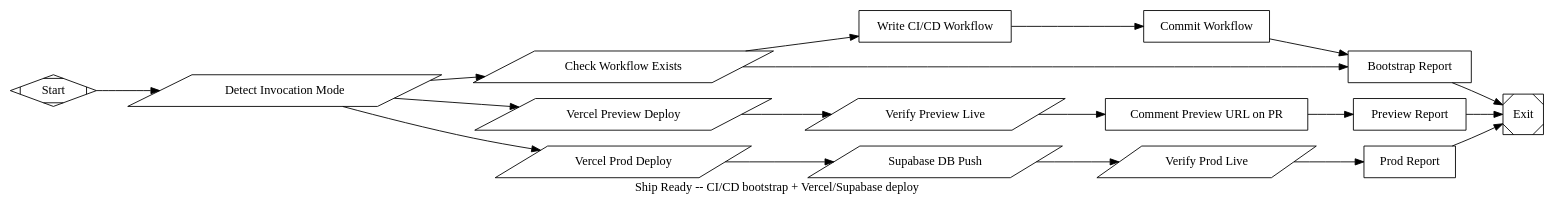
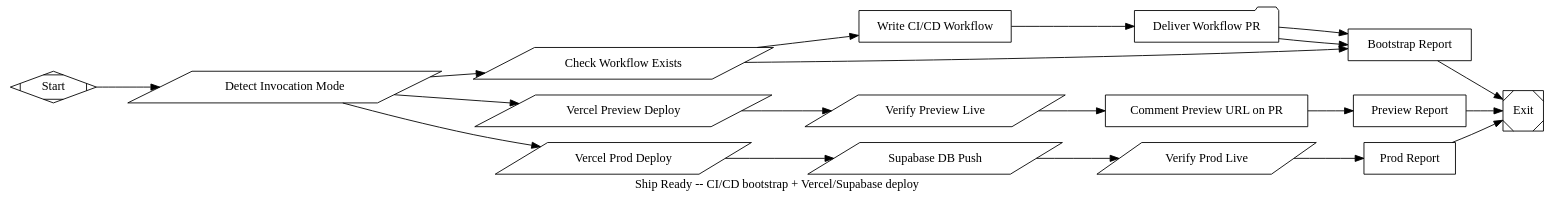
Before and after one commit to kenotron-ms/attractor-pipelines: the diagram in pipelines/ship_ready/ship_ready.dot, drawn with Graphviz. The commit also changed 1 other file, not shown here.

```diff
--- a/pipelines/ship_ready/ship_ready.dot
+++ b/pipelines/ship_ready/ship_ready.dot
@@ -1,174 +1,184 @@
 // ship_ready.dot
 //
 // A pipeline with two jobs, dispatched from one graph based on how it was
 // invoked:
 //
 //   1. BOOTSTRAP MODE (no GitHub event context -- e.g. run once manually
 //      against a repo, or by idea_to_pr / a human setting up a
 //      new project): ensure a `.github/workflows/deploy.yml` exists and is
 //      configured to (a) deploy a Vercel PREVIEW + comment its URL on every
 //      pull_request, and (b) deploy to Vercel PROD + run Supabase
 //      migrations on every push to the default branch. Writes/commits the
 //      workflow file if missing or stale; no-ops if already present and
 //      current.
 //
 //   2. RUNTIME MODE (invoked BY that generated GitHub Actions workflow,
 //      i.e. $github_event_name is set): actually perform the deploy for
 //      the event that fired -- pull_request -> Vercel preview + comment,
 //      push -> Vercel prod + supabase db push, each followed by a
 //      curl-poll-with-backoff liveness check before declaring success.
 //
 // This is intentionally ONE graph, not two: GitHub Actions' own `on:`
 // trigger fan-out already lives in the generated workflow YAML (two
 // triggers -> same pipeline invocation, differing only in
 // $github_event_name), so branching inside this graph via a single router
 // node keeps one unified goal-gate/report surface instead of duplicating
 // it across two DOT files.
 //
 // TOGETHER WITH THE OTHER TWO PIPELINES IN THIS REPO:
 //   idea_to_pr  -- opens a PR
 //   pr_review        -- posts a fast automated review on that PR
 //   ship_ready (this one) -- the PR's own GitHub Actions run gives it a
 //                            live Vercel preview; merging to main triggers
 //                            a real Vercel prod deploy + Supabase migration
 //
 // Liveness verification uses a bash curl-poll-with-backoff loop INSIDE a
 // tool_command node, not multiple graph-level LLM retries -- an LLM
 // round-trip per poll attempt is wasteful; a shell loop with sleep+backoff
 // is transparent, inspectable, and free.
 //
 // Context inputs:
 //   $repo               - target repo slug (owner/name)
 //   $github_event_name  - "pull_request" | "push" | unset (bootstrap mode)
 //   $pr_url             - PR URL, required when $github_event_name=pull_request
 //                         (used only to post the preview-url comment)
 //
 // Context outputs:
 //   workflow.result      - "written" | "already_current" (bootstrap mode)
 //   deploy.preview_url    - Vercel preview URL (pull_request mode)
 //   deploy.preview_live   - "true" | "false"
 //   deploy.prod_url       - Vercel prod URL (push mode)
 //   deploy.prod_live      - "true" | "false"
 //   deploy.migration_result - "applied" | "failed" (push mode)
 
 digraph ship_ready {
   graph [
     label="Ship Ready -- CI/CD bootstrap + Vercel/Supabase deploy",
     goal="$repo",
     rankdir=LR,
     default_max_retry=2,
     default_fidelity="summary:high",
     model_stylesheet="* { llm_model: claude-sonnet-4-6; llm_provider: anthropic; }"
   ];
 
   Start [shape=Mdiamond, label="Start"];
   Exit  [shape=Msquare,  label="Exit"];
 
   // --- Router: bootstrap (no GH event) vs. runtime (PR or push event) ---
   DetectMode [
     shape=parallelogram, label="Detect Invocation Mode",
     tool_command="bash -c 'ev=${GITHUB_EVENT_NAME:-$github_event_name}; if [ -z \"$ev\" ]; then echo bootstrap; else echo \"$ev\"; fi'"
   ];
 
   // ═══════════════════ BOOTSTRAP BRANCH ═══════════════════
   //
   // Idempotent: a stable marker comment inside the generated workflow file
   // lets re-runs tell "file exists and matches our template" apart from
   // "file exists but is stale/hand-edited" -- grep the marker, not just -f.
   CheckWorkflow [
     shape=parallelogram, label="Check Workflow Exists",
     tool_command="bash -c 'if [ -f .github/workflows/deploy.yml ] && grep -q ship_ready-marker-v1 .github/workflows/deploy.yml; then echo current; else echo missing; fi'"
   ];
 
   WriteWorkflow [
     shape=box, goal_gate=true, fidelity="summary:high",
     label="Write CI/CD Workflow",
-    prompt="Write .github/workflows/deploy.yml with exactly two jobs: (1) a `pull_request` job that runs `vercel deploy --token=$${VERCEL_TOKEN} --yes` (using the vercel-action or plain CLI), captures the preview URL, and comments it on the PR via the GitHub API; (2) a `push` job restricted to the default branch that runs `vercel deploy --prod --token=$${VERCEL_TOKEN} --yes` followed by `supabase db push --db-url $${SUPABASE_DB_URL} --yes`. Both jobs should invoke this same repo's ship_ready pipeline (git+https://github.com/kenotron-ms/attractor-pipelines@main#subdirectory=pipelines/ship_ready/ship_ready.dot) as the actual deploy runner, passing through GITHUB_EVENT_NAME and the required secrets (VERCEL_TOKEN, SUPABASE_DB_URL, GH_TOKEN) as env vars -- do not duplicate the deploy logic directly in YAML shell steps. Required repo secrets: VERCEL_TOKEN, SUPABASE_DB_URL, ANTHROPIC_API_KEY, GH_TOKEN. Include the literal comment '# ship_ready-marker-v1' somewhere in the file so future idempotency checks can detect this exact template version. Print the single line: workflow_written"
+    prompt="Confirm you are operating against the real target repo: run `git remote -v` and verify origin points at https://github.com/$repo (if it does not, run `git remote set-url origin https://github.com/$repo.git` or clone $repo fresh -- do not proceed against any other checkout, e.g. a local scratch/placeholder repo). Create a new branch off $repo's default branch named ship-ready-workflow-<short timestamp, e.g. ship-ready-workflow-20260729143000>. On that branch, write .github/workflows/deploy.yml with exactly two jobs: (1) a `pull_request` job that runs `vercel deploy --token=$${VERCEL_TOKEN} --yes` (using the vercel-action or plain CLI), captures the preview URL, and comments it on the PR via the GitHub API; (2) a `push` job restricted to the default branch that runs `vercel deploy --prod --token=$${VERCEL_TOKEN} --yes` followed by `supabase db push --db-url $${SUPABASE_DB_URL} --yes`. Both jobs should invoke this same repo's ship_ready pipeline (git+https://github.com/kenotron-ms/attractor-pipelines@main#subdirectory=pipelines/ship_ready/ship_ready.dot) as the actual deploy runner, passing through GITHUB_EVENT_NAME and the required secrets (VERCEL_TOKEN, SUPABASE_DB_URL, GH_TOKEN) as env vars -- do not duplicate the deploy logic directly in YAML shell steps. Required repo secrets: VERCEL_TOKEN, SUPABASE_DB_URL, ANTHROPIC_API_KEY, GH_TOKEN. Include the literal comment '# ship_ready-marker-v1' somewhere in the file so future idempotency checks can detect this exact template version. Do NOT commit yet -- the next step (DeliverPR) handles staging, commit, push, and opening the PR against $repo. Print the single line: workflow_written"
   ];
 
-  CommitWorkflow [
-    shape=box, goal_gate=true, fidelity="summary:high",
-    label="Commit Workflow",
-    prompt="Stage .github/workflows/deploy.yml, commit with message 'ci: add ship_ready deploy workflow (Vercel preview/prod + Supabase migrations)', and push to the current branch. Print the single line: workflow_committed"
+  // Reuses the same deliver_pr.dot subgraph pattern as hello_world /
+  // idea_to_pr / idea_to_shipped: stage, commit, push, and VERIFY the push
+  // actually landed (CheckPush gate inside the subgraph, evidence-based --
+  // not a self-reported "committed" line) before opening a PR against
+  // $repo's default branch. Replaces the old bespoke CommitWorkflow box
+  // node, whose self-reported "workflow_committed" line was trusted without
+  // ever confirming the push reached the real GitHub repo (repro: instance
+  // ebab2de8354f committed against a local Gitea scratch placeholder
+  // instead of $repo, and BootstrapReport falsely claimed success).
+  DeliverPR [
+    shape=folder, label="Deliver Workflow PR",
+    dot_file="subgraphs/deliver_pr.dot",
+    outputs="delivery.pr_url,delivery.result"
   ];
 
   BootstrapReport [
     shape=box, goal_gate=true, fidelity="summary:high",
     label="Bootstrap Report",
-    prompt="Report the bootstrap outcome: was .github/workflows/deploy.yml already current, or did this run write and commit it? Remind the human which secrets must be set on the repo (VERCEL_TOKEN, SUPABASE_DB_URL, ANTHROPIC_API_KEY, GH_TOKEN) if it was just written. Print the single line: bootstrap_reported"
+    prompt="Report the bootstrap outcome: was .github/workflows/deploy.yml already current (no PR needed), or did this run write it and open a PR? If ${delivery.result} is 'opened', state the PR URL (${delivery.pr_url}) plainly -- that URL is the evidence the workflow actually reached $repo, not a self-reported claim. If ${delivery.result} is 'failed', say so plainly and do NOT claim the workflow was written or committed. Remind the human which secrets must be set on the repo (VERCEL_TOKEN, SUPABASE_DB_URL, ANTHROPIC_API_KEY, GH_TOKEN) if a PR was just opened. Print the single line: bootstrap_reported"
   ];
 
   // ═══════════════════ PULL_REQUEST BRANCH ═══════════════════
   DeployVercelPreview [
     shape=parallelogram, label="Vercel Preview Deploy",
     tool_command="#!/bin/sh\nset -e\nurl=$(vercel deploy --token=$VERCEL_TOKEN --yes 2>&1 | tail -1)\nprintf '{\"deploy.preview_url\": \"%s\"}' \"$url\"",
     parse_json="true", timeout="5m"
   ];
 
   // Liveness check lives IN the tool_command's own shell loop, not as
   // repeated graph-level LLM retries -- cheap, transparent, no wasted
   // API round trips waiting on deploy propagation.
   VerifyPreviewLive [
     shape=parallelogram, label="Verify Preview Live",
     tool_command="#!/bin/sh\nset -e\nurl=\"$deploy_preview_url\"\nok=false\nfor i in 1 2 3 4 5; do\n  if curl -sf -o /dev/null \"$url\"; then ok=true; break; fi\n  sleep $((3 * i))\ndone\nprintf '{\"deploy.preview_live\": \"%s\"}' \"$ok\"",
     parse_json="true", timeout="3m"
   ];
 
   CommentPreviewUrl [
     shape=box, goal_gate=true, fidelity="summary:high",
     label="Comment Preview URL on PR",
     prompt="Post a comment on $pr_url via bash + curl (GH_TOKEN from env) with the deployed preview URL: ${deploy.preview_url}. If ${deploy.preview_live} is false, say the deploy is up but did not respond to a liveness check within 5 attempts and flag it for manual verification -- do not claim it's live if it isn't. Print the single line: preview_commented"
   ];
 
   PreviewReport [
     shape=box, goal_gate=true, fidelity="summary:high",
     label="Preview Report",
     prompt="Summarize the preview deploy: URL ${deploy.preview_url}, live=${deploy.preview_live}. Print the single line: preview_reported"
   ];
 
   // ═══════════════════ PUSH (default-branch) BRANCH ═══════════════════
   DeployVercelProd [
     shape=parallelogram, label="Vercel Prod Deploy",
     tool_command="#!/bin/sh\nset -e\nurl=$(vercel deploy --prod --token=$VERCEL_TOKEN --yes 2>&1 | tail -1)\nprintf '{\"deploy.prod_url\": \"%s\"}' \"$url\"",
     parse_json="true", timeout="6m"
   ];
 
   SupabaseMigrate [
     shape=parallelogram, label="Supabase DB Push",
     tool_command="#!/bin/sh\nif supabase db push --db-url \"$SUPABASE_DB_URL\" --yes; then printf '{\"deploy.migration_result\": \"applied\"}'; else printf '{\"deploy.migration_result\": \"failed\"}'; fi",
     parse_json="true", timeout="5m"
   ];
 
   VerifyProdLive [
     shape=parallelogram, label="Verify Prod Live",
     tool_command="#!/bin/sh\nset -e\nurl=\"$deploy_prod_url\"\nok=false\nfor i in 1 2 3 4 5; do\n  if curl -sf -o /dev/null \"$url\"; then ok=true; break; fi\n  sleep $((3 * i))\ndone\nprintf '{\"deploy.prod_live\": \"%s\"}' \"$ok\"",
     parse_json="true", timeout="3m"
   ];
 
   ProdReport [
     shape=box, goal_gate=true, fidelity="summary:high",
     label="Prod Report",
     prompt="Summarize the prod deploy: URL ${deploy.prod_url}, live=${deploy.prod_live}, migration result=${deploy.migration_result}. If migration_result is failed, or prod_live is false, say so plainly and flag for immediate human attention -- do not report success. Print the single line: prod_reported"
   ];
 
   Start      -> DetectMode;
   DetectMode -> CheckWorkflow         [condition="context.tool.last_line=bootstrap",     weight="2"];
   DetectMode -> DeployVercelPreview   [condition="context.tool.last_line=pull_request"];
   DetectMode -> DeployVercelProd      [condition="context.tool.last_line=push"];
 
   CheckWorkflow -> WriteWorkflow      [condition="context.tool.last_line=missing"];
   CheckWorkflow -> BootstrapReport    [condition="context.tool.last_line=current", weight="2"];
-  WriteWorkflow -> CommitWorkflow;
-  CommitWorkflow -> BootstrapReport;
+  WriteWorkflow -> DeliverPR;
+  DeliverPR     -> BootstrapReport [condition="context.delivery.result=opened", weight="2"];
+  DeliverPR     -> BootstrapReport [condition="outcome=fail"];
   BootstrapReport -> Exit;
 
   DeployVercelPreview -> VerifyPreviewLive;
   VerifyPreviewLive   -> CommentPreviewUrl;
   CommentPreviewUrl   -> PreviewReport;
   PreviewReport        -> Exit;
 
   DeployVercelProd -> SupabaseMigrate;
   SupabaseMigrate  -> VerifyProdLive;
   VerifyProdLive   -> ProdReport;
   ProdReport        -> Exit;
 }
```
